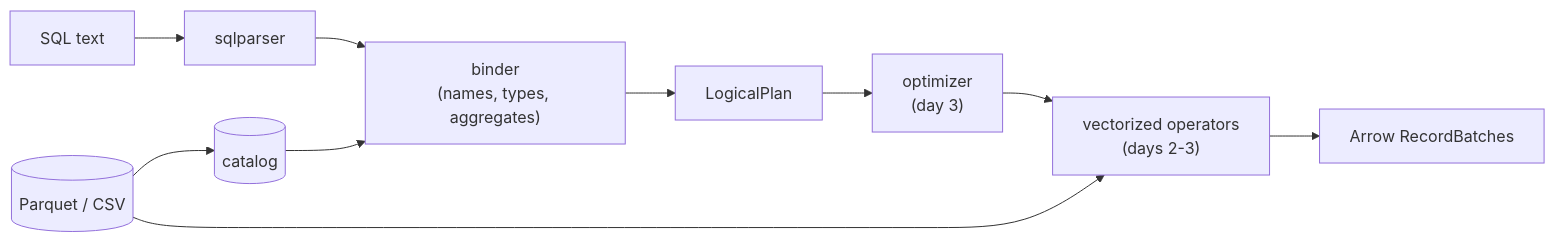
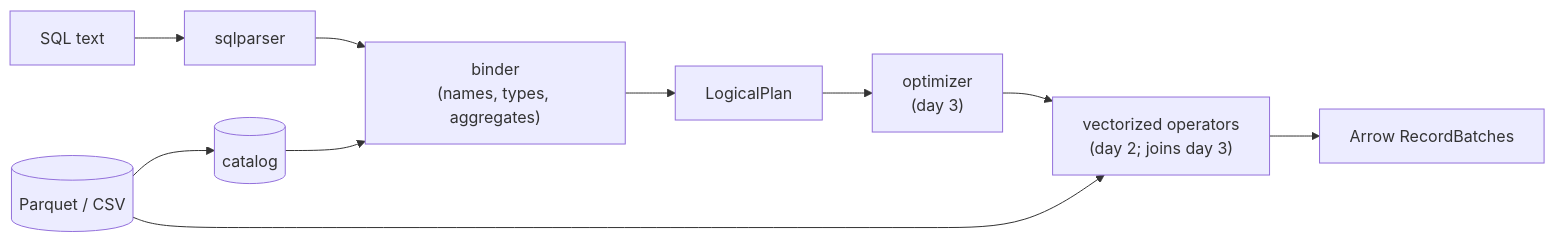
One commit to vivekdavara/quarry changed the diagram in README.md. Above: the diagram before and after it, drawn with Mermaid. The commit also changed other lines of this file, not shown here.

First line of the commit message:
Update the README for day 2

````diff
--- a/README.md
+++ b/README.md
@@ -21,12 +22,12 @@
 ```mermaid
 flowchart LR
     sql["SQL text"] --> parser["sqlparser"]
     parser --> binder["binder<br/>(names, types, aggregates)"]
     catalog[("catalog")] --> binder
     binder --> logical["LogicalPlan"]
     logical --> opt["optimizer<br/>(day 3)"]
-    opt --> exec["vectorized operators<br/>(days 2-3)"]
+    opt --> exec["vectorized operators<br/>(day 2; joins day 3)"]
     files[("Parquet / CSV")] --> catalog
     files --> exec
     exec --> batches["Arrow RecordBatches"]
 ```
````
